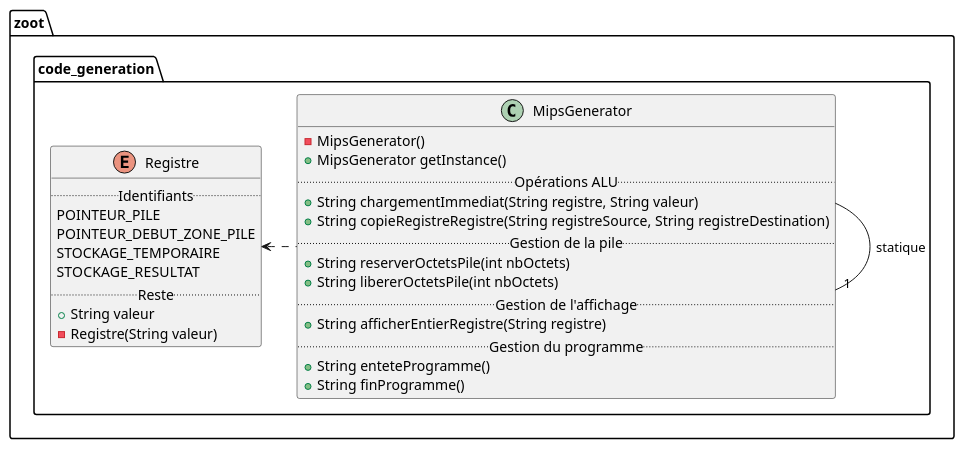
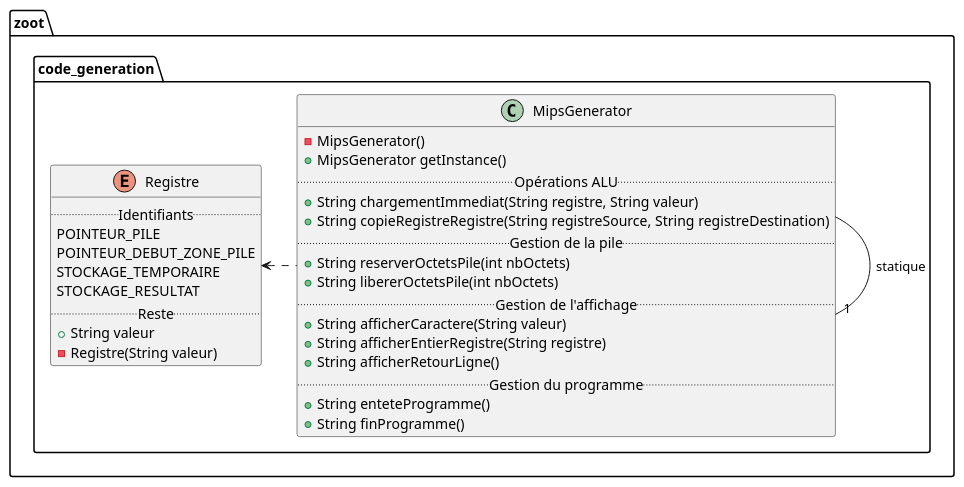
The diagram in diagrammes/classe/code_generation.puml (lmtb06/zoot), drawn with PlantUML before and after one commit. The commit also changed 12 other files, not shown here.

```diff
--- a/diagrammes/classe/code_generation.puml
+++ b/diagrammes/classe/code_generation.puml
@@ -1,38 +1,40 @@
 @startuml "Package code_generation"
 
 namespace zoot.code_generation {
     ' Includes
     ' Classes
     enum Registre {
         .. Identifiants ..
         POINTEUR_PILE
         POINTEUR_DEBUT_ZONE_PILE
         STOCKAGE_TEMPORAIRE
         STOCKAGE_RESULTAT
         .. Reste ..
         + String valeur
         - Registre(String valeur)
     }
 
     class MipsGenerator {
         - MipsGenerator()
         + MipsGenerator getInstance()
         .. Opérations ALU ..
         + String chargementImmediat(String registre, String valeur)
         + String copieRegistreRegistre(String registreSource, String registreDestination)
         .. Gestion de la pile ..
         + String reserverOctetsPile(int nbOctets)
         + String libererOctetsPile(int nbOctets)
         .. Gestion de l'affichage ..
+        + String afficherCaractere(String valeur)
         + String afficherEntierRegistre(String registre)
+        + String afficherRetourLigne()
         .. Gestion du programme ..
         + String enteteProgramme()
         + String finProgramme()
     }
 
     ' Relations entre les classes
     MipsGenerator -right-"1" MipsGenerator : statique
     MipsGenerator .left.> Registre
 
 }
 @enduml
```
